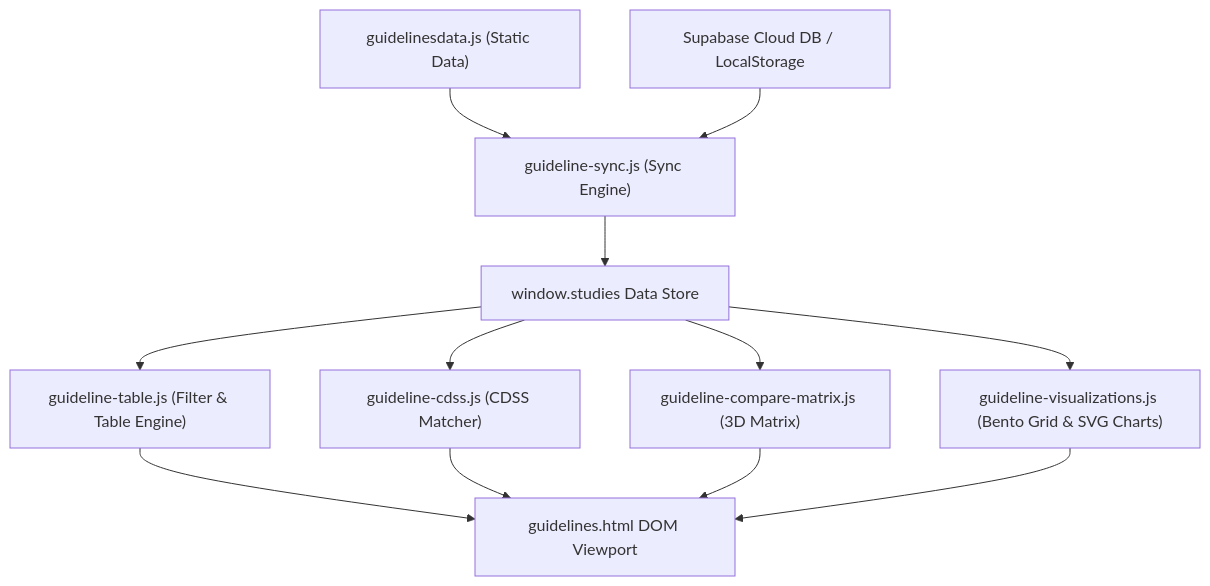
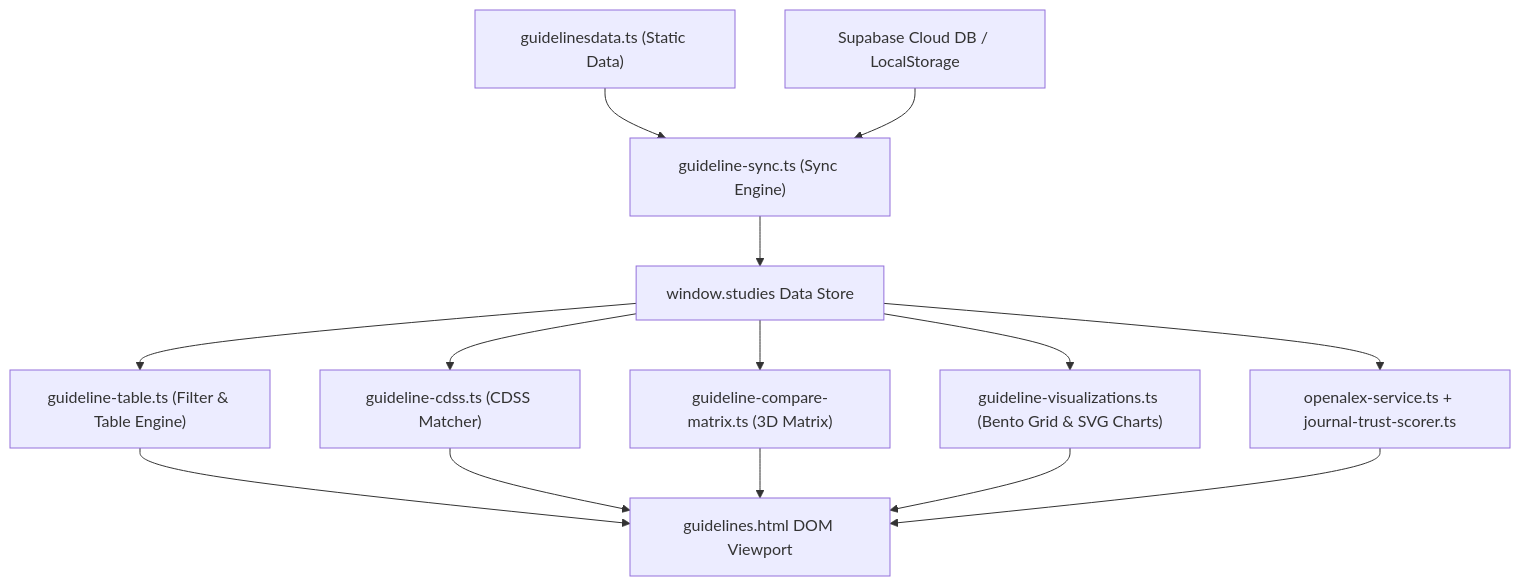
Before and after one commit to DrYooDong/Apps_ykhoa: the diagram in src/content/ebm/guidelines/PROJECT_MAP.md, drawn with Mermaid. The commit also changed other lines of this file and 77 other files, not shown here.

````diff
--- a/src/content/ebm/guidelines/PROJECT_MAP.md
+++ b/src/content/ebm/guidelines/PROJECT_MAP.md
@@ -77,14 +79,16 @@
 ```mermaid
 graph TD
-    A["guidelinesdata.js (Static Data)"] --> B["guideline-sync.js (Sync Engine)"]
+    A["guidelinesdata.ts (Static Data)"] --> B["guideline-sync.ts (Sync Engine)"]
     C["Supabase Cloud DB / LocalStorage"] --> B
     B --> D["window.studies Data Store"]
-    D --> E["guideline-table.js (Filter & Table Engine)"]
-    D --> F["guideline-cdss.js (CDSS Matcher)"]
-    D --> G["guideline-compare-matrix.js (3D Matrix)"]
-    D --> H["guideline-visualizations.js (Bento Grid & SVG Charts)"]
+    D --> E["guideline-table.ts (Filter & Table Engine)"]
+    D --> F["guideline-cdss.ts (CDSS Matcher)"]
+    D --> G["guideline-compare-matrix.ts (3D Matrix)"]
+    D --> H["guideline-visualizations.ts (Bento Grid & SVG Charts)"]
+    D --> K["openalex-service.ts + journal-trust-scorer.ts"]
     E --> I["guidelines.html DOM Viewport"]
     F --> I
     G --> I
     H --> I
+    K --> I
 ```
````
